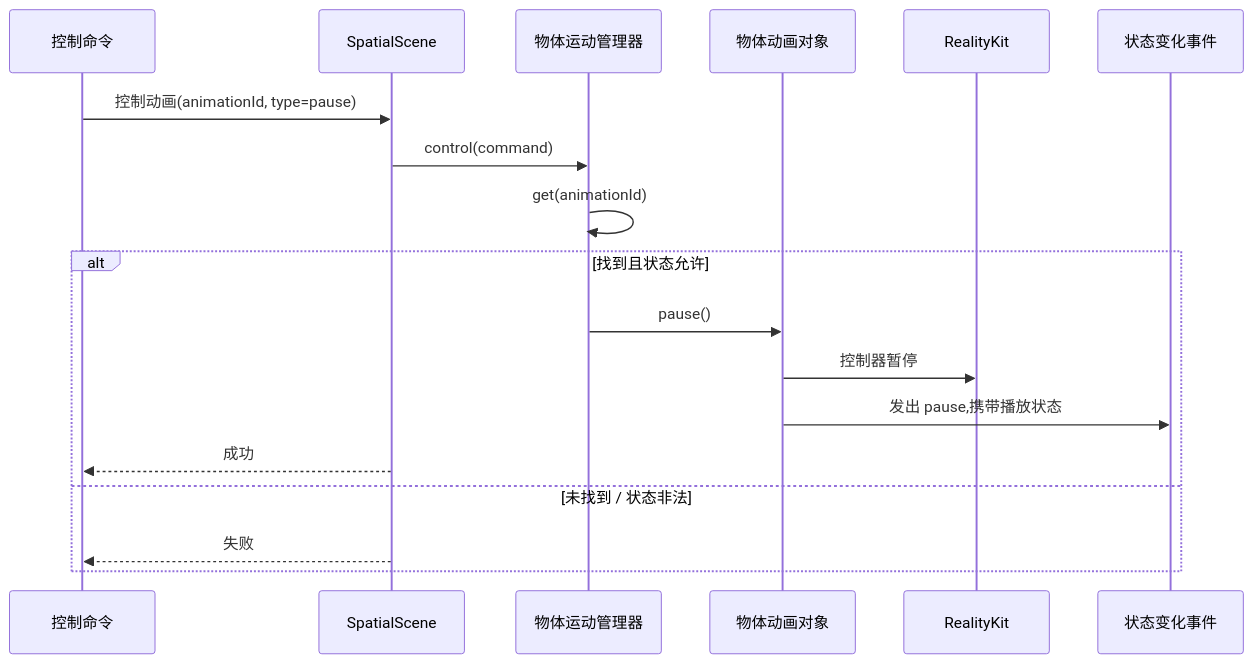
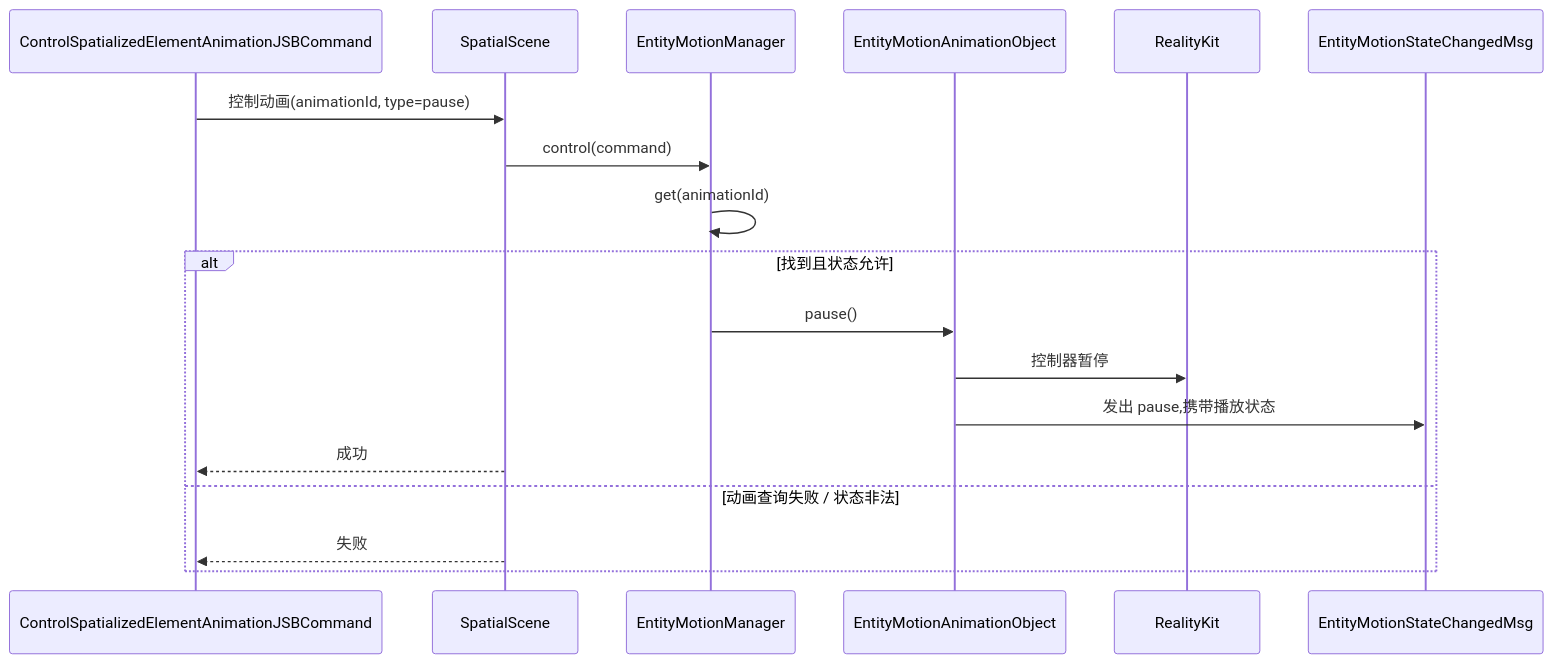
Diagram 12 of 14 in openspec/changes/redesign-entity-motion-api/design.zh.md (webspatial/webspatial-sdk), drawn with Mermaid before and after one commit. The commit also changed other lines of this file and 3 other files, not shown here.

Commit message:
update spec structure and diagram

````diff
--- a/openspec/changes/redesign-entity-motion-api/design.zh.md
+++ b/openspec/changes/redesign-entity-motion-api/design.zh.md
@@ -834,21 +948,21 @@
 ```mermaid
 sequenceDiagram
-    participant JSB as 控制命令
+    participant JSB as ControlSpatializedElementAnimationJSBCommand
     participant Scene as SpatialScene
-    participant Manager as 物体运动管理器
-    participant Obj as 物体动画对象
+    participant Manager as EntityMotionManager
+    participant Obj as EntityMotionAnimationObject
     participant RK as RealityKit
-    participant Event as 状态变化事件
+    participant Event as EntityMotionStateChangedMsg
 
     JSB->>Scene: 控制动画(animationId, type=pause)
     Scene->>Manager: control(command)
     Manager->>Manager: get(animationId)
     alt 找到且状态允许
         Manager->>Obj: pause()
         Obj->>RK: 控制器暂停
         Obj->>Event: 发出 pause,携带播放状态
         Scene-->>JSB: 成功
-    else 未找到 / 状态非法
+    else 动画查询失败 / 状态非法
         Scene-->>JSB: 失败
     end
 ```
````
